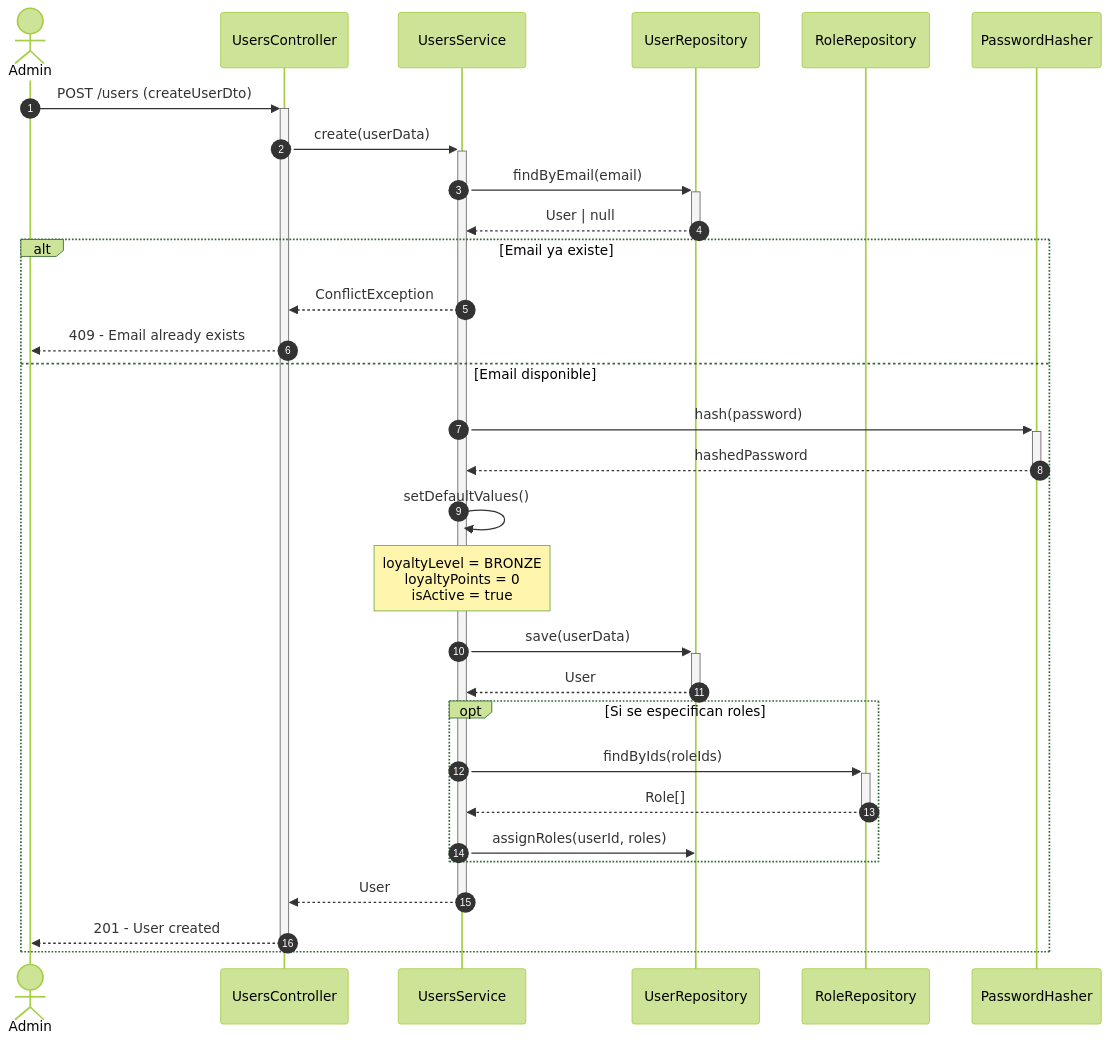
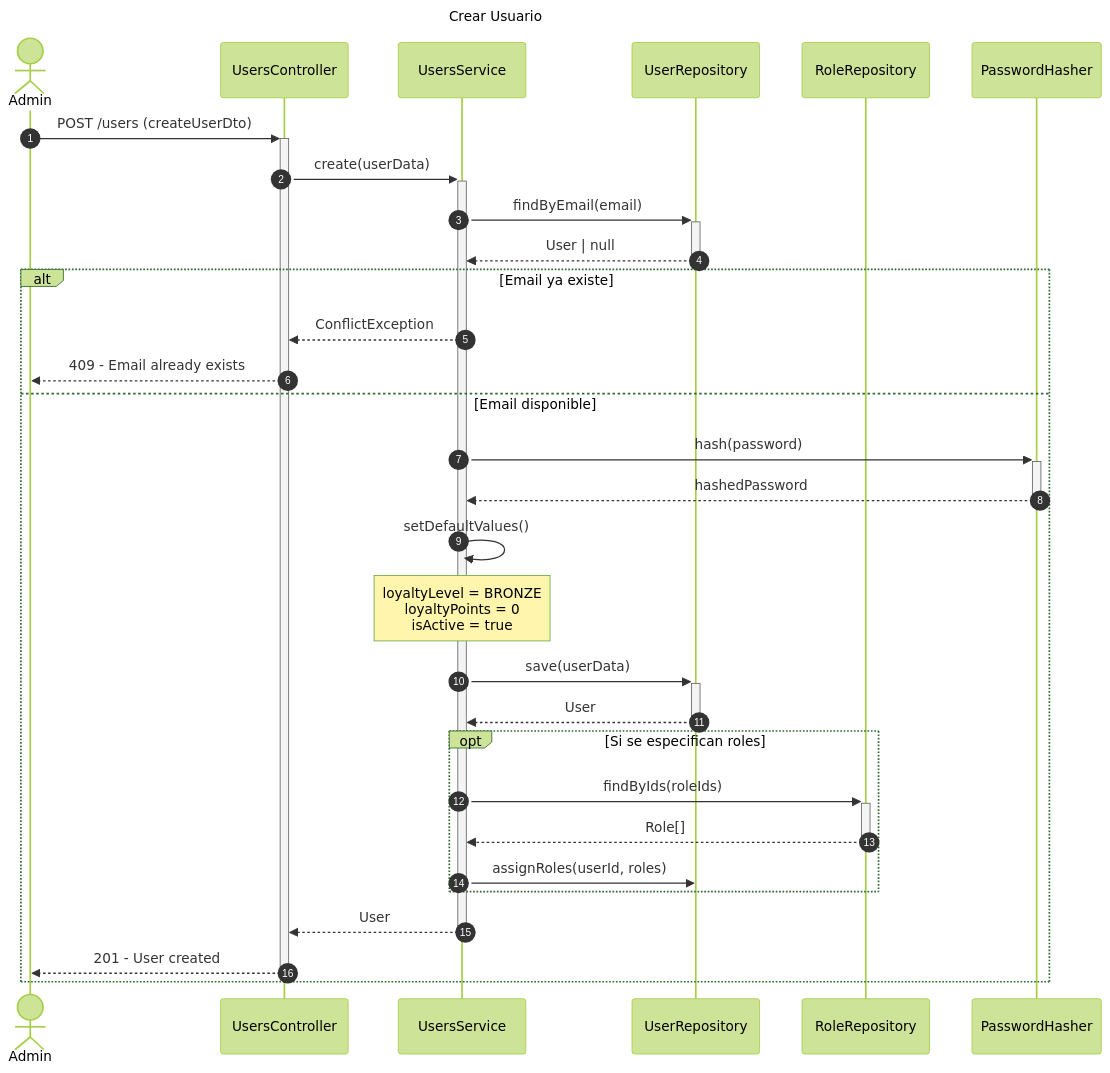
The first of 7 diagrams in diagrams/sequence/users-sequence-diagram.md (Nick220505/hotelier-backend), drawn with Mermaid (forest theme) before and after one commit. The commit also changed other lines of this file and 5 other files, not shown here.

Commit message:
Add titles to sequence diagrams for Billing, Employees, Inventory, Reservations, Restaurant, and Users modules

````diff
--- a/diagrams/sequence/users-sequence-diagram.md
+++ b/diagrams/sequence/users-sequence-diagram.md
@@ -5,40 +5,43 @@
 ```mermaid
+---
+title: Crear Usuario
+---
 sequenceDiagram
     autonumber
     actor Admin
     participant Controller as UsersController
     participant Service as UsersService
     participant UserRepo as UserRepository
     participant RoleRepo as RoleRepository
     participant Hash as PasswordHasher
 
     Admin->>+Controller: POST /users (createUserDto)
     Controller->>+Service: create(userData)
     
     Service->>+UserRepo: findByEmail(email)
     UserRepo-->>-Service: User | null
     
     alt Email ya existe
         Service-->>Controller: ConflictException
         Controller-->>Admin: 409 - Email already exists
     else Email disponible
         Service->>+Hash: hash(password)
         Hash-->>-Service: hashedPassword
         
         Service->>Service: setDefaultValues()
         Note over Service: loyaltyLevel = BRONZE<br/>loyaltyPoints = 0<br/>isActive = true
         
         Service->>+UserRepo: save(userData)
         UserRepo-->>-Service: User
         
         opt Si se especifican roles
             Service->>+RoleRepo: findByIds(roleIds)
             RoleRepo-->>-Service: Role[]
             
             Service->>UserRepo: assignRoles(userId, roles)
         end
         
         Service-->>-Controller: User
         Controller-->>-Admin: 201 - User created
     end
 ```
````
